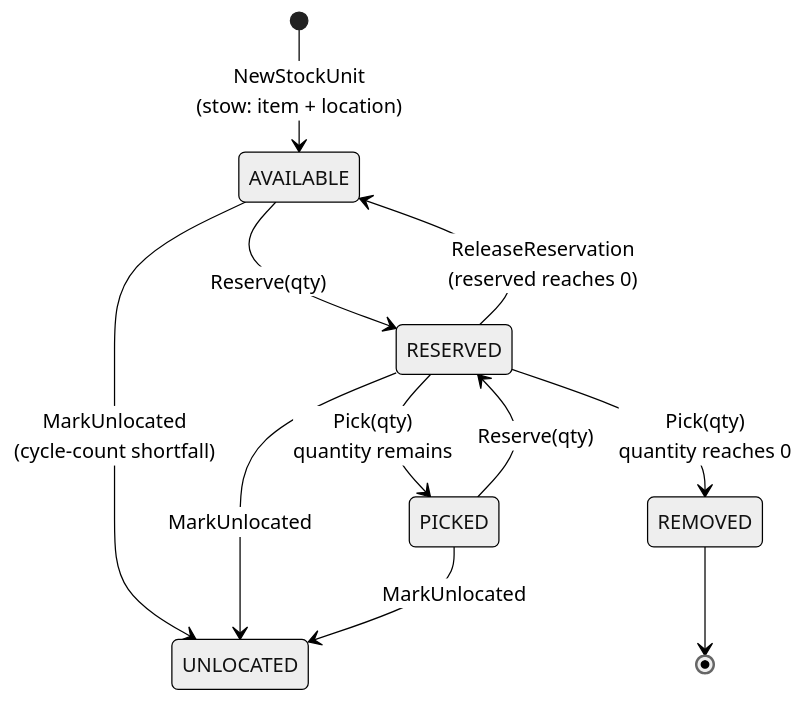
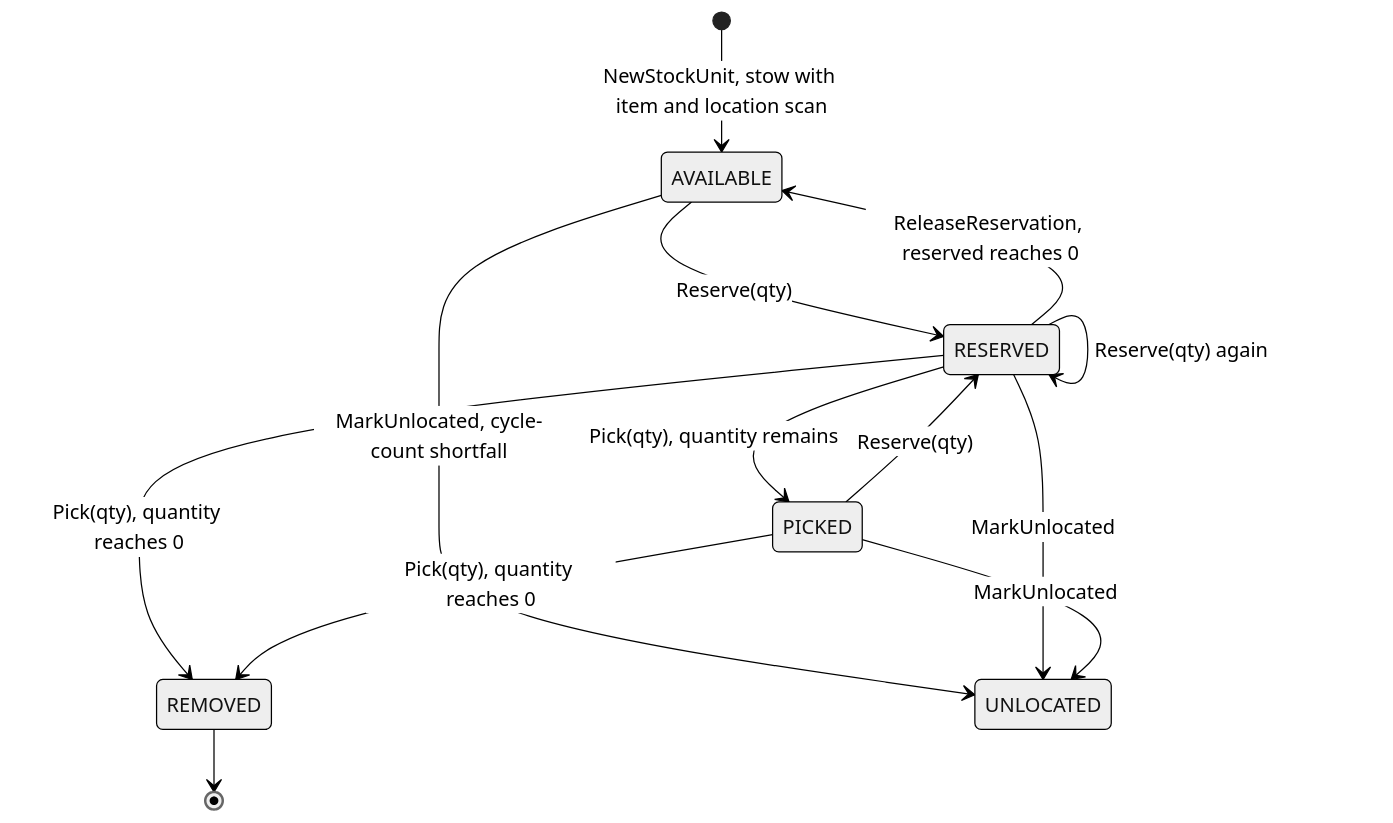
The first of 4 diagrams in docs/contexts/inventory-storage/aggregate-design-canvas.md (IQVO/warehouse-docs), drawn with Mermaid (neutral theme) before and after one commit. The commit also changed other lines of this file and 717 other files, not shown here.

````diff
--- a/docs/contexts/inventory-storage/aggregate-design-canvas.md
+++ b/docs/contexts/inventory-storage/aggregate-design-canvas.md
@@ -46,13 +63,15 @@
 ```mermaid
 stateDiagram-v2
-    [*] --> AVAILABLE: NewStockUnit<br/>(stow: item + location)
+    [*] --> AVAILABLE: NewStockUnit, stow with item and location scan
     AVAILABLE --> RESERVED: Reserve(qty)
-    RESERVED --> AVAILABLE: ReleaseReservation<br/>(reserved reaches 0)
-    RESERVED --> PICKED: Pick(qty)<br/>quantity remains
-    RESERVED --> REMOVED: Pick(qty)<br/>quantity reaches 0
+    RESERVED --> RESERVED: Reserve(qty) again
+    RESERVED --> AVAILABLE: ReleaseReservation, reserved reaches 0
+    RESERVED --> PICKED: Pick(qty), quantity remains
+    RESERVED --> REMOVED: Pick(qty), quantity reaches 0
     PICKED --> RESERVED: Reserve(qty)
-    AVAILABLE --> UNLOCATED: MarkUnlocated<br/>(cycle-count shortfall)
+    PICKED --> REMOVED: Pick(qty), quantity reaches 0
+    AVAILABLE --> UNLOCATED: MarkUnlocated, cycle-count shortfall
     RESERVED --> UNLOCATED: MarkUnlocated
     PICKED --> UNLOCATED: MarkUnlocated
     REMOVED --> [*]
 ```
````
